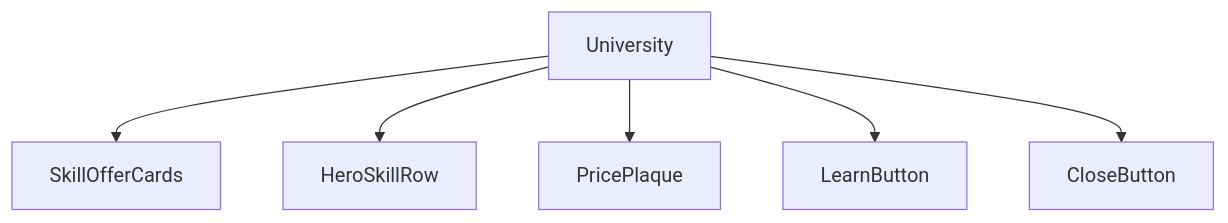
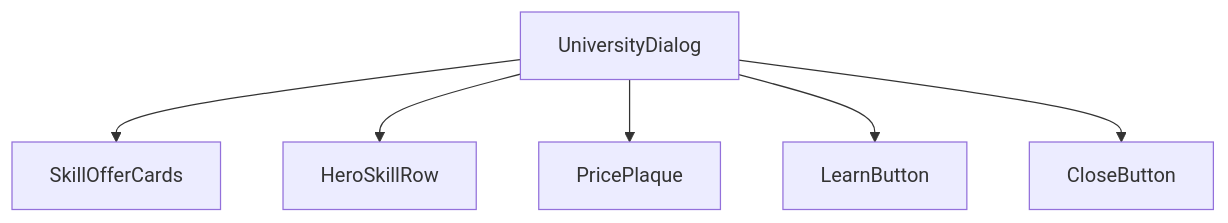
Before and after one commit to SunaNoOshiro/Heroes_Reforged_AI_Realms: the first of 5 diagrams in docs/architecture/wiki/screens/53-university/architecture.md, drawn with Mermaid. The commit also changed other lines of this file and 518 other files, not shown here.

First line of the commit message:
Add doc-audit skill and sweep architecture/screen docs

````diff
--- a/docs/architecture/wiki/screens/53-university/architecture.md
+++ b/docs/architecture/wiki/screens/53-university/architecture.md
@@ -16,14 +33,9 @@
 ```mermaid
 flowchart TD
-  Root["University"]
-  C0["SkillOfferCards"]
-  Root --> C0
-  C1["HeroSkillRow"]
-  Root --> C1
-  C2["PricePlaque"]
-  Root --> C2
-  C3["LearnButton"]
-  Root --> C3
-  C4["CloseButton"]
-  Root --> C4
+  Root["UniversityDialog"]
+  Root --> C0["SkillOfferCards"]
+  Root --> C1["HeroSkillRow"]
+  Root --> C2["PricePlaque"]
+  Root --> C3["LearnButton"]
+  Root --> C4["CloseButton"]
 ```
````
